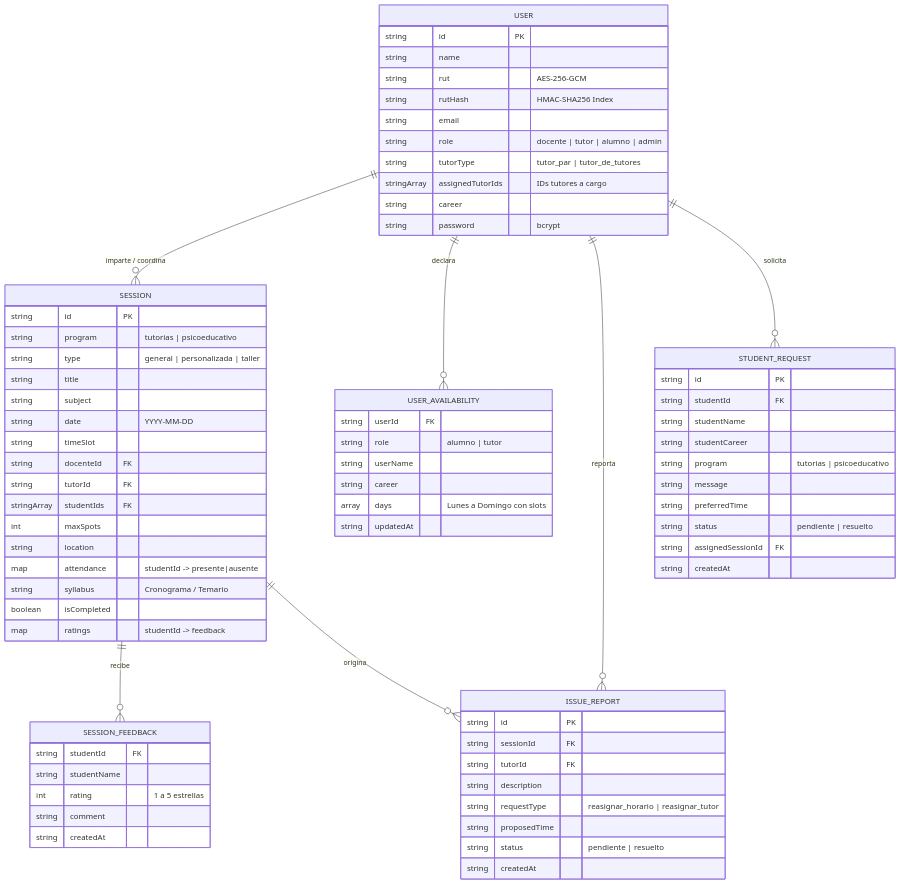
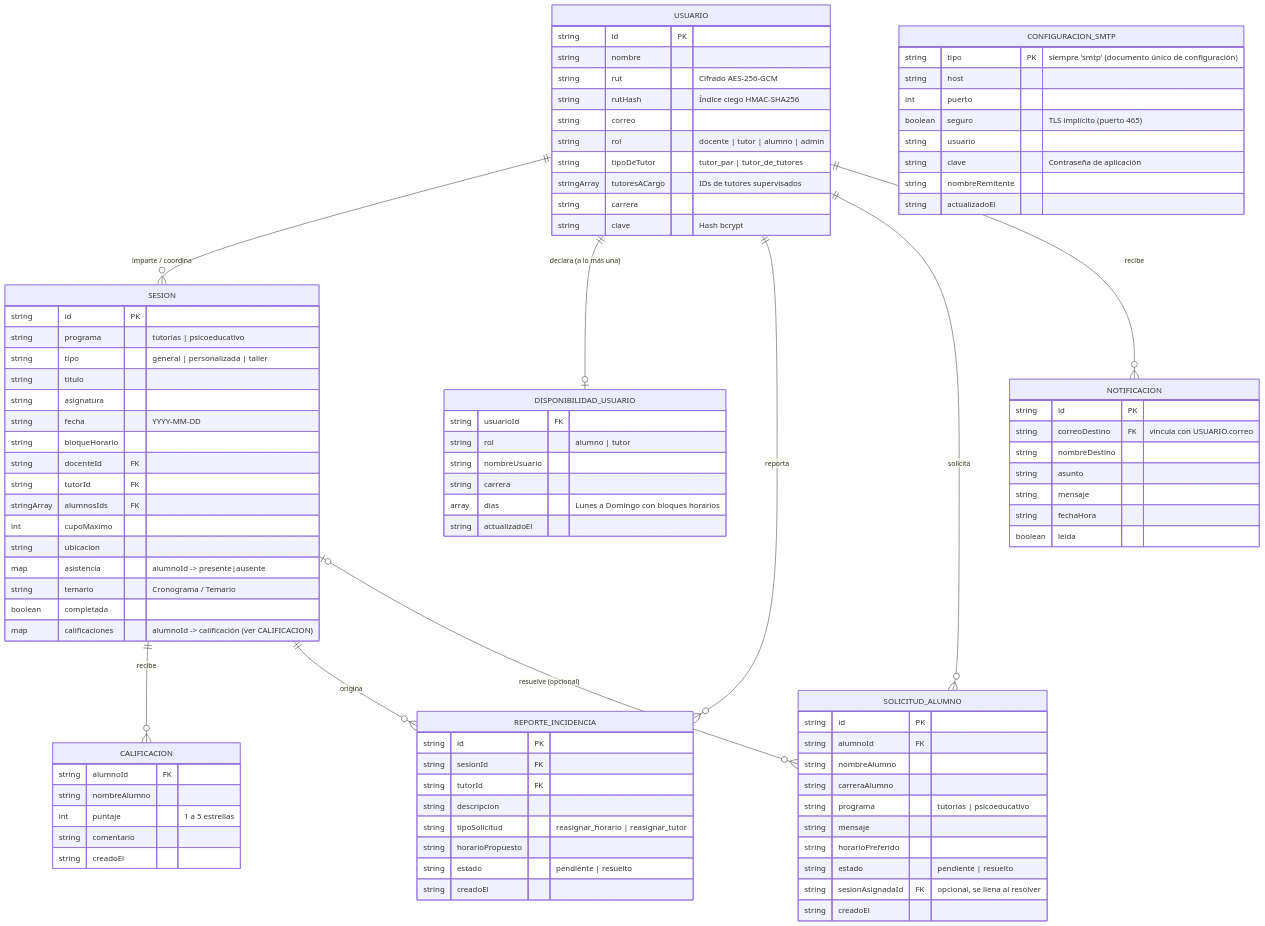
The third of 6 diagrams in contexto.md (MLinco-Ram/trayectoria-estudiantil-uft), drawn with Mermaid before and after one commit. The commit also changed other lines of this file, not shown here.

````diff
--- a/contexto.md
+++ b/contexto.md
@@ -116,82 +125,105 @@
 ```mermaid
 erDiagram
-    USER ||--o{ SESSION : "imparte / coordina"
-    USER ||--o{ USER_AVAILABILITY : "declara"
-    USER ||--o{ ISSUE_REPORT : "reporta"
-    USER ||--o{ STUDENT_REQUEST : "solicita"
-    SESSION ||--o{ SESSION_FEEDBACK : "recibe"
-    SESSION ||--o{ ISSUE_REPORT : "origina"
+    USUARIO ||--o{ SESION : "imparte / coordina"
+    USUARIO ||--o| DISPONIBILIDAD_USUARIO : "declara (a lo más una)"
+    USUARIO ||--o{ REPORTE_INCIDENCIA : "reporta"
+    USUARIO ||--o{ SOLICITUD_ALUMNO : "solicita"
+    USUARIO ||--o{ NOTIFICACION : "recibe"
+    SESION ||--o{ CALIFICACION : "recibe"
+    SESION ||--o{ REPORTE_INCIDENCIA : "origina"
+    SESION |o--o{ SOLICITUD_ALUMNO : "resuelve (opcional)"
 
-    USER {
+    USUARIO {
         string id PK
-        string name
-        string rut "AES-256-GCM"
-        string rutHash "HMAC-SHA256 Index"
-        string email
-        string role "docente | tutor | alumno | admin"
-        string tutorType "tutor_par | tutor_de_tutores"
-        stringArray assignedTutorIds "IDs tutores a cargo"
-        string career
-        string password "bcrypt"
+        string nombre
+        string rut "Cifrado AES-256-GCM"
+        string rutHash "Índice ciego HMAC-SHA256"
+        string correo
+        string rol "docente | tutor | alumno | admin"
+        string tipoDeTutor "tutor_par | tutor_de_tutores"
+        stringArray tutoresACargo "IDs de tutores supervisados"
+        string carrera
+        string clave "Hash bcrypt"
     }
 
-    SESSION {
+    SESION {
         string id PK
-        string program "tutorias | psicoeducativo"
-        string type "general | personalizada | taller"
-        string title
-        string subject
-        string date "YYYY-MM-DD"
-        string timeSlot
+        string programa "tutorias | psicoeducativo"
+        string tipo "general | personalizada | taller"
+        string titulo
+        string asignatura
+        string fecha "YYYY-MM-DD"
+        string bloqueHorario
         string docenteId FK
         string tutorId FK
-        stringArray studentIds FK
-        int maxSpots
-        string location
-        map attendance "studentId -> presente|ausente"
-        string syllabus "Cronograma / Temario"
-        boolean isCompleted
-        map ratings "studentId -> feedback"
+        stringArray alumnosIds FK
+        int cupoMaximo
+        string ubicacion
+        map asistencia "alumnoId -> presente|ausente"
+        string temario "Cronograma / Temario"
+        boolean completada
+        map calificaciones "alumnoId -> calificación (ver CALIFICACION)"
     }
 
-    SESSION_FEEDBACK {
-        string studentId FK
-        string studentName
-        int rating "1 a 5 estrellas"
-        string comment
-        string createdAt
+    CALIFICACION {
+        string alumnoId FK
+        string nombreAlumno
+        int puntaje "1 a 5 estrellas"
+        string comentario
+        string creadoEl
     }
 
-    USER_AVAILABILITY {
-        string userId FK
-        string role "alumno | tutor"
-        string userName
-        string career
-        array days "Lunes a Domingo con slots"
-        string updatedAt
+    DISPONIBILIDAD_USUARIO {
+        string usuarioId FK
+        string rol "alumno | tutor"
+        string nombreUsuario
+        string carrera
+        array dias "Lunes a Domingo con bloques horarios"
+        string actualizadoEl
     }
 
-    ISSUE_REPORT {
+    REPORTE_INCIDENCIA {
         string id PK
-        string sessionId FK
+        string sesionId FK
         string tutorId FK
-        string description
-        string requestType "reasignar_horario | reasignar_tutor"
-        string proposedTime
-        string status "pendiente | resuelto"
-        string createdAt
+        string descripcion
+        string tipoSolicitud "reasignar_horario | reasignar_tutor"
+        string horarioPropuesto
+        string estado "pendiente | resuelto"
+        string creadoEl
     }
 
-    STUDENT_REQUEST {
+    SOLICITUD_ALUMNO {
         string id PK
-        string studentId FK
-        string studentName
-        string studentCareer
-        string program "tutorias | psicoeducativo"
-        string message
-        string preferredTime
-        string status "pendiente | resuelto"
-        string assignedSessionId FK
-        string createdAt
+        string alumnoId FK
+        string nombreAlumno
+        string carreraAlumno
+        string programa "tutorias | psicoeducativo"
+        string mensaje
+        string horarioPreferido
+        string estado "pendiente | resuelto"
+        string sesionAsignadaId FK "opcional, se llena al resolver"
+        string creadoEl
+    }
+
+    NOTIFICACION {
+        string id PK
+        string correoDestino FK "vincula con USUARIO.correo"
+        string nombreDestino
+        string asunto
+        string mensaje
+        string fechaHora
+        boolean leida
+    }
+
+    CONFIGURACION_SMTP {
+        string tipo PK "siempre 'smtp' (documento único de configuración)"
+        string host
+        int puerto
+        boolean seguro "TLS implícito (puerto 465)"
+        string usuario
+        string clave "Contraseña de aplicación"
+        string nombreRemitente
+        string actualizadoEl
     }
 ```
````
